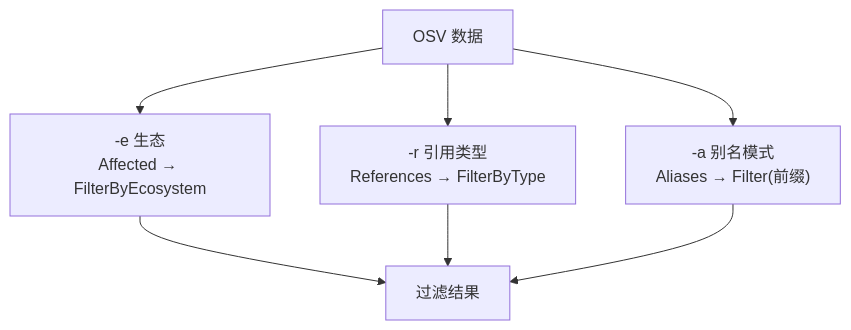
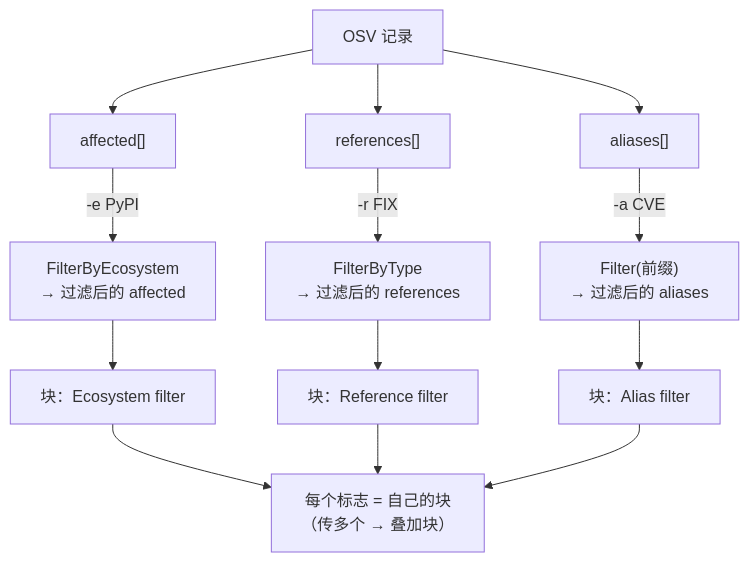
One commit to scagogogo/osv-schema-skills changed the first of 4 diagrams in website/zh/guide/skills/filter.md. Above: the diagram before and after it, drawn with Mermaid. The commit also changed other lines of this file and 11 other files, not shown here.

First line of the commit message:
docs(website): add more native mermaid diagrams to clarify key concepts (EN+ZH)

````diff
--- a/website/zh/guide/skills/filter.md
+++ b/website/zh/guide/skills/filter.md
@@ -62,9 +64,15 @@
 ```mermaid
 flowchart TD
-  DATA["OSV 数据"] --> E["-e 生态<br/>Affected → FilterByEcosystem"]
-  DATA --> R["-r 引用类型<br/>References → FilterByType"]
-  DATA --> A["-a 别名模式<br/>Aliases → Filter(前缀)"]
-  E --> OUT["过滤结果"]
-  R --> OUT
-  A --> OUT
+  REC["OSV 记录"] --> AFF["affected[]"]
+  REC --> REF["references[]"]
+  REC --> ALI["aliases[]"]
+  AFF -->|"-e PyPI"| FE["FilterByEcosystem<br/>→ 过滤后的 affected"]
+  REF -->|"-r FIX"| FR["FilterByType<br/>→ 过滤后的 references"]
+  ALI -->|"-a CVE"| FA["Filter(前缀)<br/>→ 过滤后的 aliases"]
+  FE --> B1["块：Ecosystem filter"]
+  FR --> B2["块：Reference filter"]
+  FA --> B3["块：Alias filter"]
+  B1 --> OUT["每个标志 = 自己的块<br/>（传多个 → 叠加块）"]
+  B2 --> OUT
+  B3 --> OUT
 ```
````
